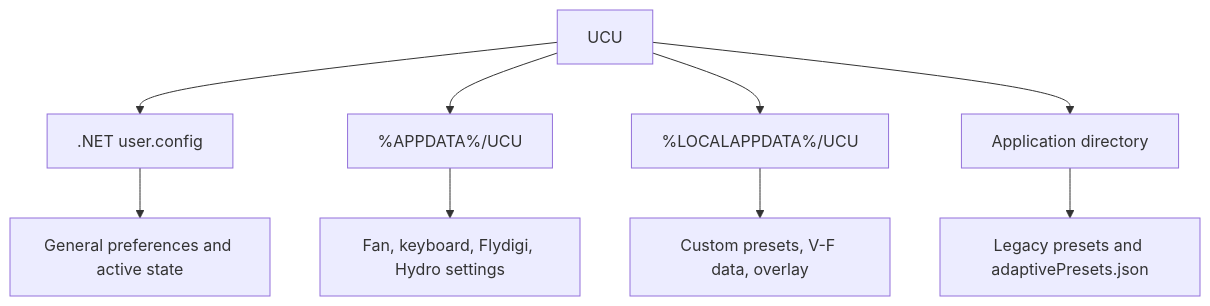
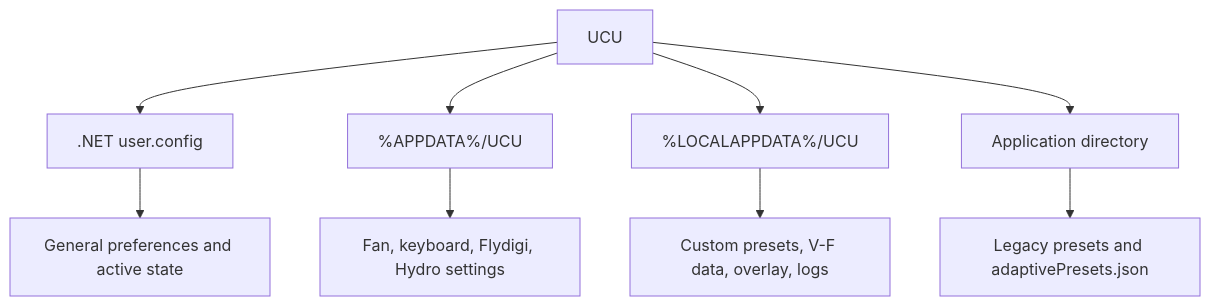
Before and after one commit to Uniwill-Control-Utility/Uniwill-Control-Utility: the diagram in wiki/operations/configuration-and-data.md, drawn with Mermaid. The commit also changed other lines of this file and 19 other files, not shown here.

````diff
--- a/wiki/operations/configuration-and-data.md
+++ b/wiki/operations/configuration-and-data.md
@@ -7,13 +7,13 @@
 ```mermaid
 flowchart TB
     App[UCU]
     App --> UserConfig[.NET user.config]
     App --> Roaming[%APPDATA%/UCU]
     App --> Local[%LOCALAPPDATA%/UCU]
     App --> Install[Application directory]
 
     UserConfig --> Prefs[General preferences and active state]
     Roaming --> Devices[Fan, keyboard, Flydigi, Hydro settings]
-    Local --> Curves[Custom presets, V-F data, overlay]
+    Local --> Curves[Custom presets, V-F data, overlay, logs]
     Install --> Legacy[Legacy presets and adaptivePresets.json]
 ```
````
